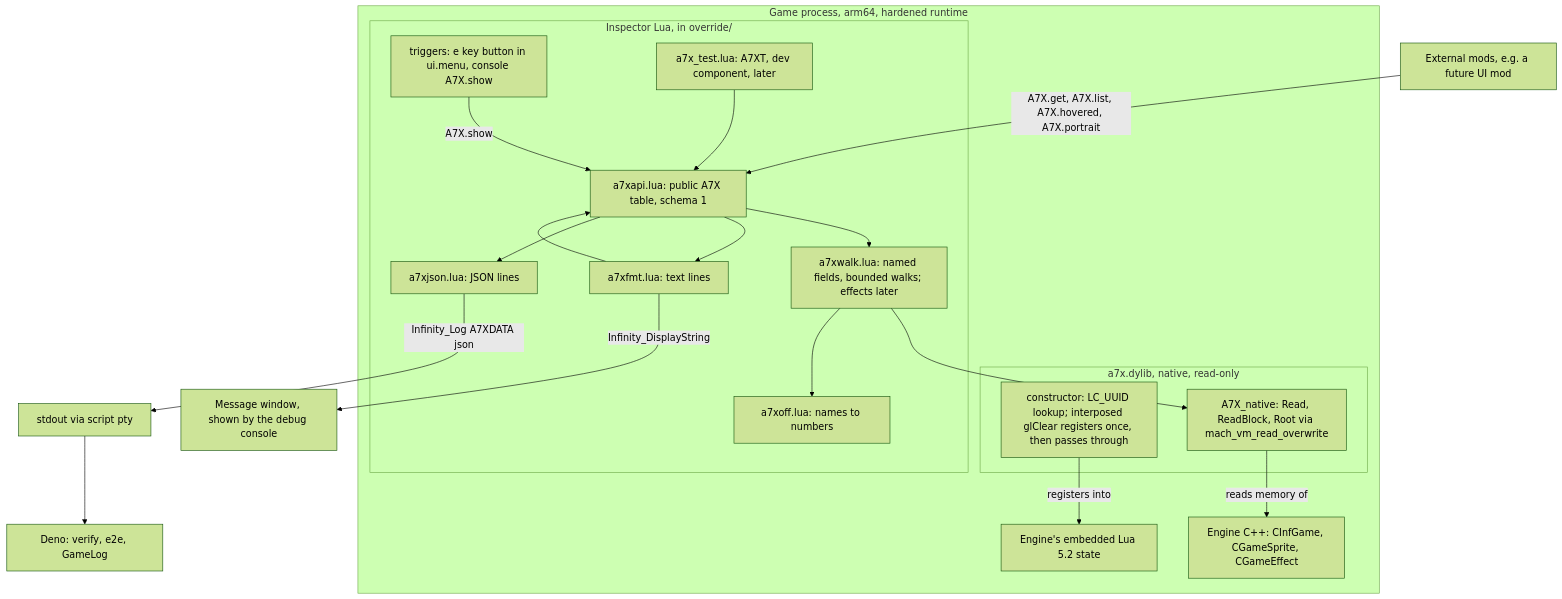
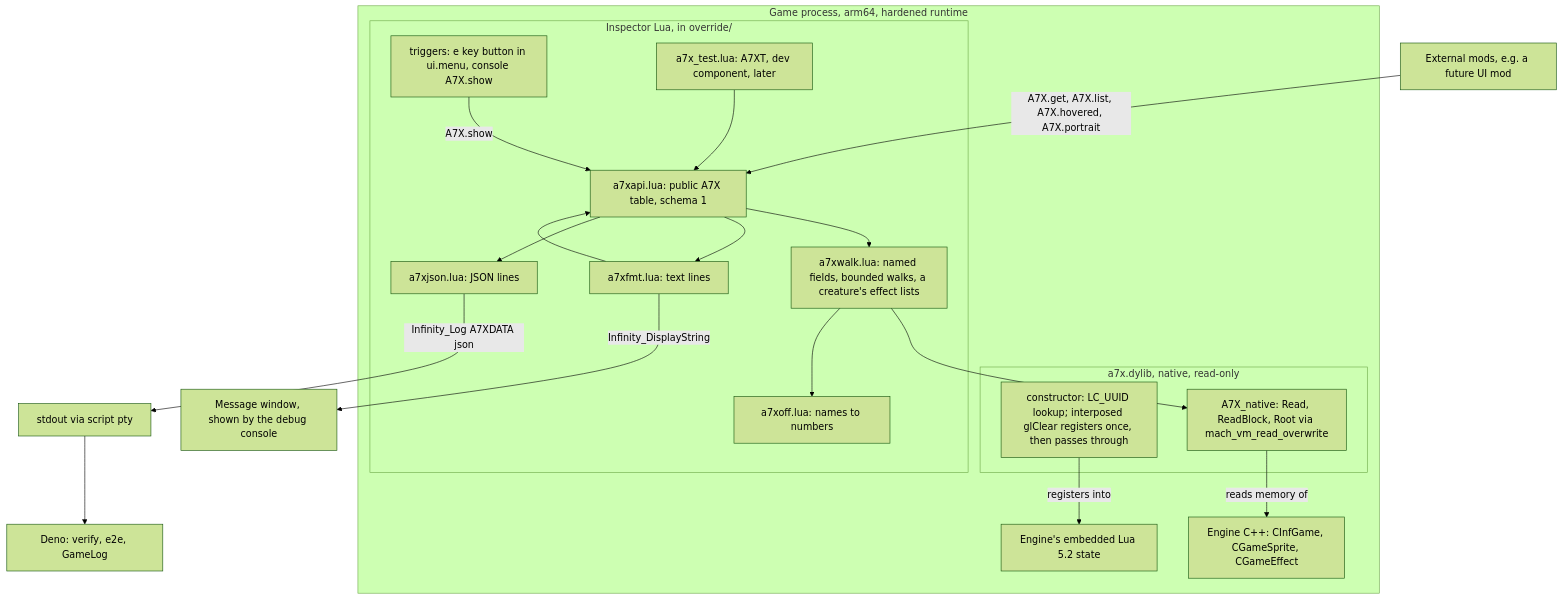
Before and after one commit to kabootit/BG2EE-Inspector: the third of 8 diagrams in docs/architecture.md, drawn with Mermaid (forest theme). The commit also changed 15 other files, not shown here.

First line of the commit message:
Read effect lists in the walker and record the effect presence gate

````diff
--- a/docs/architecture.md
+++ b/docs/architecture.md
@@ -87,34 +87,34 @@
 ```mermaid
 flowchart TD
   subgraph PROC["Game process, arm64, hardened runtime"]
     ENG["Engine C++: CInfGame, CGameSprite, CGameEffect"]
     LUAVM["Engine's embedded Lua 5.2 state"]
     subgraph NAT["a7x.dylib, native, read-only"]
       CT["constructor: LC_UUID lookup; interposed glClear registers once, then passes through"]
       RD["A7X_native: Read, ReadBlock, Root via mach_vm_read_overwrite"]
     end
     subgraph LUA["Inspector Lua, in override/"]
-      WK["a7xwalk.lua: named fields, bounded walks; effects later"]
+      WK["a7xwalk.lua: named fields, bounded walks, a creature's effect lists"]
       OF["a7xoff.lua: names to numbers"]
       API["a7xapi.lua: public A7X table, schema 1"]
       FM["a7xfmt.lua: text lines"]
       JS["a7xjson.lua: JSON lines"]
       TR["triggers: e key button in ui.menu, console A7X.show"]
       TS["a7x_test.lua: A7XT, dev component, later"]
     end
   end
   RD -- "reads memory of" --> ENG
   CT -- "registers into" --> LUAVM
   WK --> RD
   WK --> OF
   API --> WK
   FM --> API
   TR -- "A7X.show" --> API
   API --> FM
   TS --> API
   EXT["External mods, e.g. a future UI mod"] -- "A7X.get, A7X.list, A7X.hovered, A7X.portrait" --> API
   FM -- "Infinity_DisplayString" --> MSG["Message window, shown by the debug console"]
   API --> JS
   JS -- "Infinity_Log A7XDATA json" --> OUT["stdout via script pty"]
   OUT --> DENO["Deno: verify, e2e, GameLog"]
 ```
````
